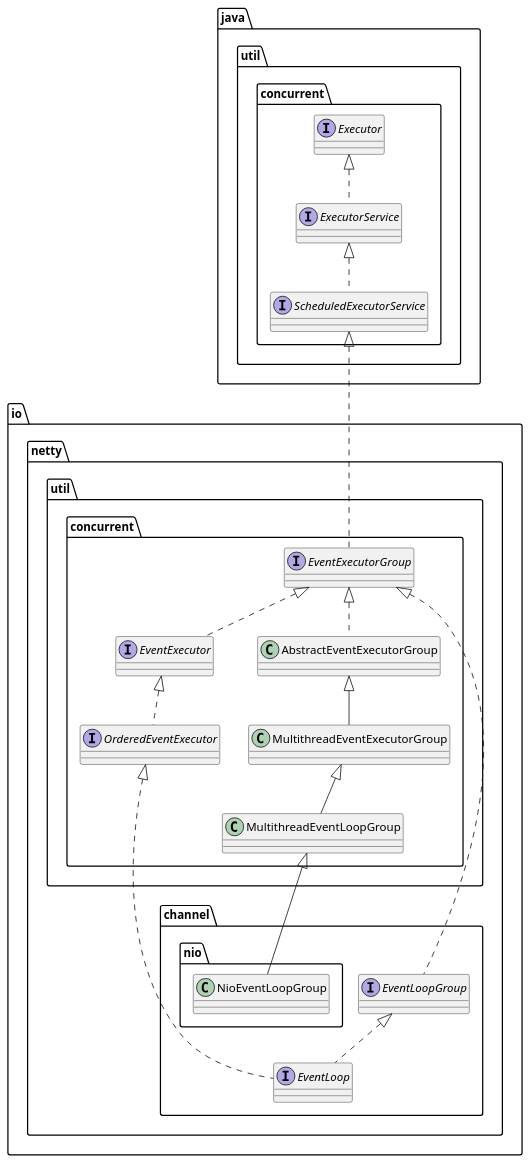
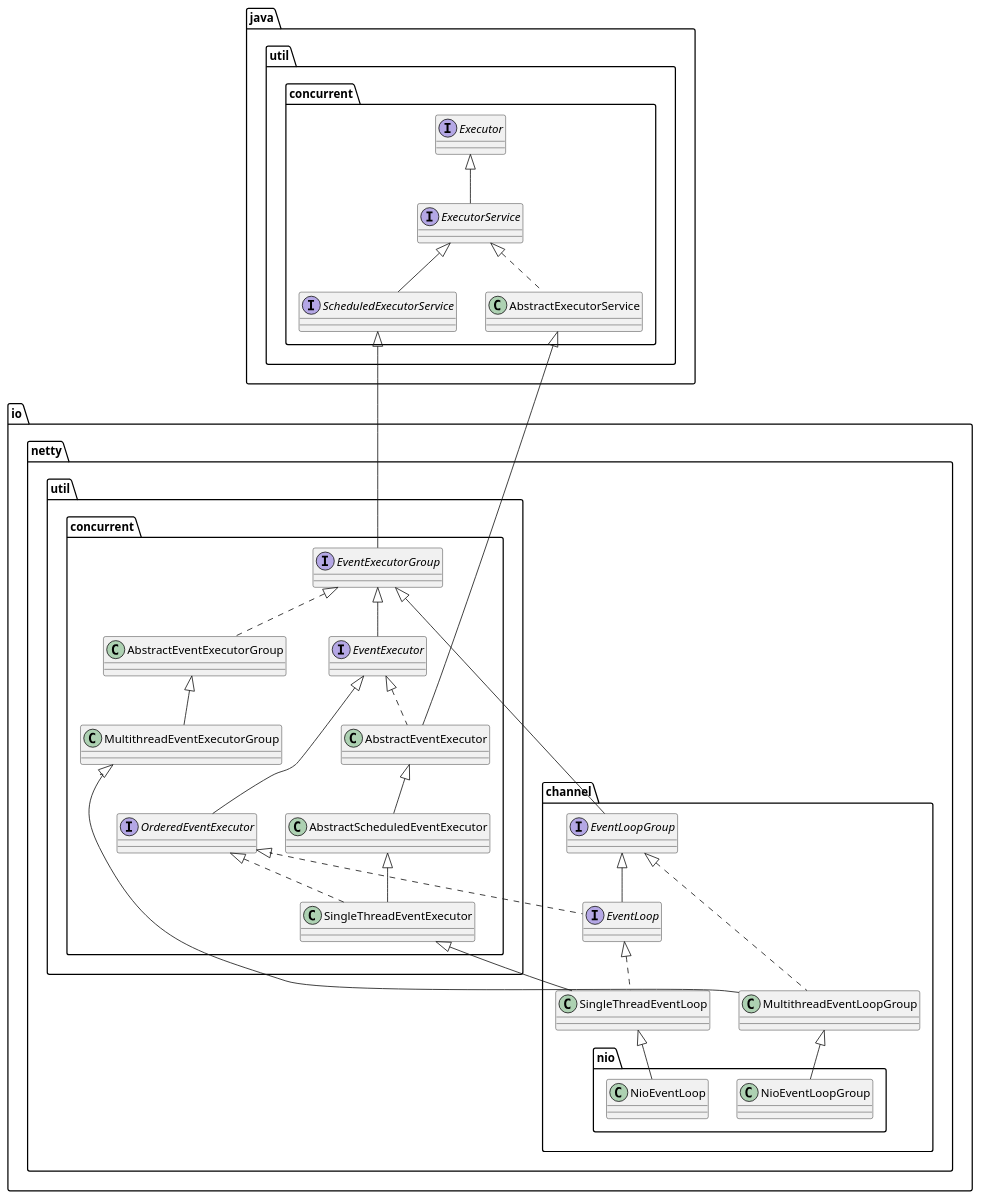
The diagram in Architecture/Netty/EventLoop/Hierarchy.md (mengxianbin/cs-notes), drawn with PlantUML before and after one commit. The commit also changed 11 other files, not shown here.

````diff
--- a/Architecture/Netty/EventLoop/Hierarchy.md
+++ b/Architecture/Netty/EventLoop/Hierarchy.md
@@ -1,40 +1,57 @@
 ```puml
 @startuml
 
 package java.util.concurrent {
     interface ScheduledExecutorService
     interface ExecutorService
     interface Executor
 
-    ScheduledExecutorService .up.|> ExecutorService
-    ExecutorService .up.|> Executor
+    ScheduledExecutorService -up-|> ExecutorService
+    ExecutorService -up-|> Executor
+
+    AbstractExecutorService .up.|> ExecutorService
 }
 
 package io.netty.util.concurrent {
     interface OrderedEventExecutor
     interface EventExecutor
     interface EventExecutorGroup
 
-    OrderedEventExecutor .up.|> EventExecutor
-    EventExecutor .up.|> EventExecutorGroup
-    MultithreadEventLoopGroup -up-|> MultithreadEventExecutorGroup
+    OrderedEventExecutor -up-|> EventExecutor
+    EventExecutor -up-|> EventExecutorGroup
     MultithreadEventExecutorGroup -up-|> AbstractEventExecutorGroup
     AbstractEventExecutorGroup .up.|> EventExecutorGroup
-    EventExecutorGroup .up.|> ScheduledExecutorService
+    EventExecutorGroup -up-|> ScheduledExecutorService
+}
+
+' SingleThread
+package io.netty.util.concurrent {
+    SingleThreadEventExecutor .up.|> OrderedEventExecutor
+    SingleThreadEventExecutor -up-|> AbstractScheduledEventExecutor
+    AbstractScheduledEventExecutor -up-|> AbstractEventExecutor
+    AbstractEventExecutor -up-|> AbstractExecutorService
+    AbstractEventExecutor .up.|> EventExecutor
 }
 
 package io.netty.channel {
     interface EventLoop
     interface EventLoopGroup
 
-    EventLoop .up.|> EventLoopGroup
+    EventLoop -up-|> EventLoopGroup
     EventLoop .up.|> OrderedEventExecutor
-    EventLoopGroup .up.|> EventExecutorGroup
+    EventLoopGroup -up-|> EventExecutorGroup
 
-    package nio {
-        NioEventLoopGroup -up-|> MultithreadEventLoopGroup
-    }
+    MultithreadEventLoopGroup .up.|> EventLoopGroup
+    MultithreadEventLoopGroup -up-|> MultithreadEventExecutorGroup
+
+    SingleThreadEventLoop .up.|> EventLoop
+    SingleThreadEventLoop -up-|> SingleThreadEventExecutor
+}
+
+package io.netty.channel.nio {
+    NioEventLoopGroup -up-|> MultithreadEventLoopGroup
+    NioEventLoop -up-|> SingleThreadEventLoop
 }
 
 @enduml
 ```
````
